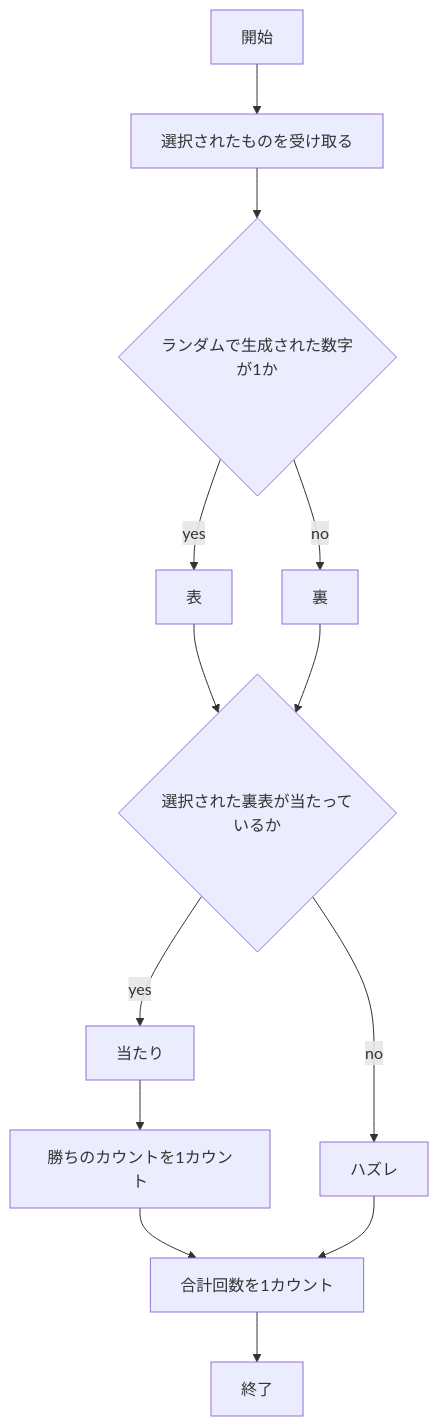
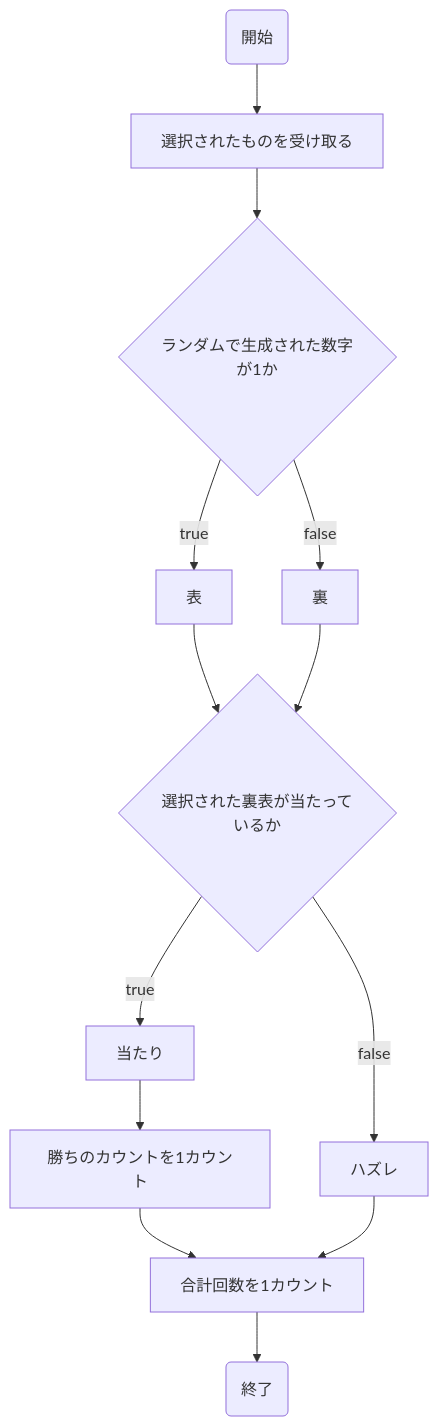
The first of 3 diagrams in README.md (KuwabaraTakuya/webpro_06), drawn with Mermaid before and after one commit. The commit also changed other lines of this file, not shown here.

````diff
--- a/README.md
+++ b/README.md
@@ -10,26 +22,26 @@
 ```mermaid
 flowchart TD;
 
-start["開始"];
-end1["終了"]
-hand["選択されたものを受け取る"]
-if1{"選択された裏表が当たっているか"}
-if2{"ランダムで生成された数字が1か"}
-win1["当たり"]
-win2["勝ちのカウントを1カウント"]
-loose["ハズレ"]
-count["合計回数を1カウント"]
+start("開始");
+end1("終了");
+hand["選択されたものを受け取る"];
+if1{"選択された裏表が当たっているか"};
+if2{"ランダムで生成された数字が1か"};
+win1["当たり"];
+win2["勝ちのカウントを1カウント"];
+loose["ハズレ"];
+count["合計回数を1カウント"];
 
 start --> hand
 hand --> if2
-if2 --> |yes| 表
-if2 --> |no| 裏
+if2 --> |true| 表
+if2 --> |false| 裏
 表 --> if1
 裏 --> if1
-if1 -->|yes| win1
+if1 -->|true| win1
 win1 --> win2
 win2 --> count
-if1 -->|no| loose
+if1 -->|false| loose
 loose --> count
 count --> end1
 ```
````
